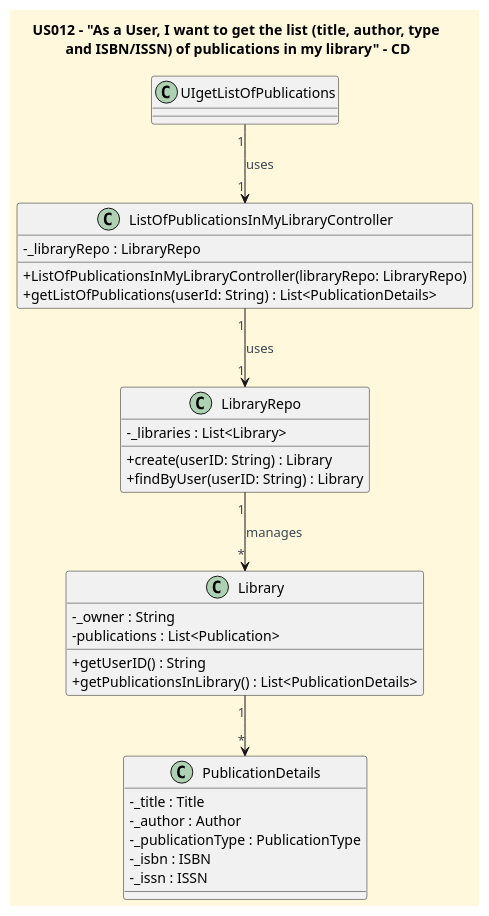
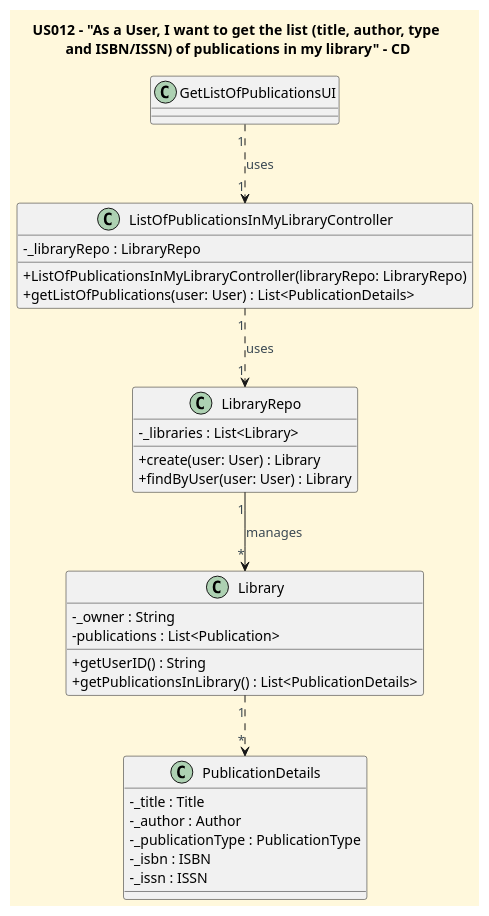
The diagram in docs/userStories/US012/US012_get_list_of_publications_in_my_library_CD.puml (CarolinaLeite-collab/JavaMarketplacePlatform), drawn with PlantUML before and after one commit. The commit also changed 1 other file, not shown here.

```diff
--- a/docs/userStories/US012/US012_get_list_of_publications_in_my_library_CD.puml
+++ b/docs/userStories/US012/US012_get_list_of_publications_in_my_library_CD.puml
@@ -1,54 +1,54 @@
 @startuml
 'https://plantuml.com/class-diagram
 title US012 – "As a User, I want to get the list (title, author, type \nand ISBN/ISSN) of publications in my library" - CD
 
 
 '==== basic style ====
 skinparam monochrome false
 skinparam shadowing false
 skinparam defaultFontName Futura
 skinparam objectFontSize 20
 skinparam backgroundColor CornSilk
 skinparam objectBackgroundColor WhiteSmoke
 skinparam noteBackgroundColor #FFFFE0
 skinparam ArrowFontColor #3B4953
 skinparam ActivationBackgroundColor black
 skinparam classAttributeIconSize 0
 
-class UIgetListOfPublications {
+class GetListOfPublicationsUI {
 }
 
 class ListOfPublicationsInMyLibraryController {
     -_libraryRepo : LibraryRepo
     +ListOfPublicationsInMyLibraryController(libraryRepo: LibraryRepo)
-    +getListOfPublications(userId: String) : List<PublicationDetails>
+    +getListOfPublications(user: User) : List<PublicationDetails>
 }
 
 class LibraryRepo {
   -_libraries : List<Library>
-      +create(userID: String) : Library
-      +findByUser(userID: String) : Library
+      +create(user: User) : Library
+      +findByUser(user: User) : Library
 }
 
 class Library {
   -_owner : String
   -publications : List<Publication>
       +getUserID() : String
       +getPublicationsInLibrary() : List<PublicationDetails>
 }
 
 class PublicationDetails{
 -_title : Title
   -_author : Author
   -_publicationType : PublicationType
   -_isbn : ISBN
   -_issn : ISSN
 }
 
-UIgetListOfPublications "1"--> "1"ListOfPublicationsInMyLibraryController :uses
-ListOfPublicationsInMyLibraryController "1"--> "1"LibraryRepo : uses
+GetListOfPublicationsUI "1"..> "1"ListOfPublicationsInMyLibraryController :uses
+ListOfPublicationsInMyLibraryController "1"..> "1"LibraryRepo : uses
 LibraryRepo "1" --> "*" Library : manages
-Library "1" --> "*" PublicationDetails
+Library "1" ..> "*" PublicationDetails
 
 
 @enduml
```
